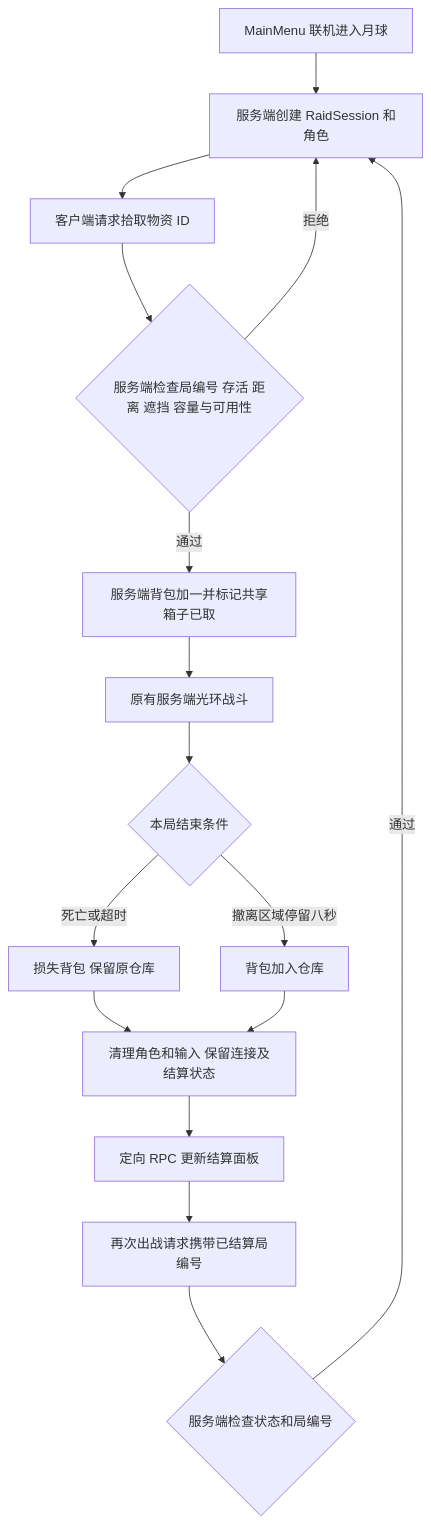
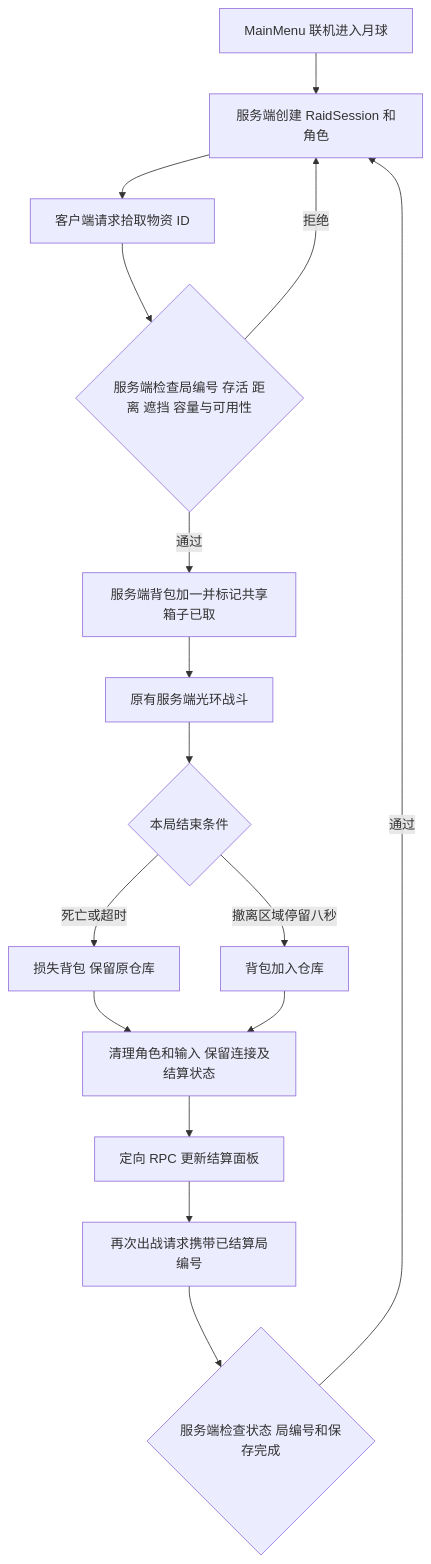
Before and after one commit to MorrowHome/Moonkov: the diagram in Docs/MinimumRaidLoop.md, drawn with Mermaid. The commit also changed other lines of this file and 33 other files, not shown here.

````diff
--- a/Docs/MinimumRaidLoop.md
+++ b/Docs/MinimumRaidLoop.md
@@ -17,18 +17,18 @@
 ```mermaid
 flowchart TD
     A[MainMenu 联机进入月球] --> B[服务端创建 RaidSession 和角色]
     B --> C[客户端请求拾取物资 ID]
     C --> D{服务端检查局编号 存活 距离 遮挡 容量与可用性}
     D -->|通过| E[服务端背包加一并标记共享箱子已取]
     D -->|拒绝| B
     E --> F[原有服务端光环战斗]
     F --> G{本局结束条件}
     G -->|死亡或超时| H[损失背包 保留原仓库]
     G -->|撤离区域停留八秒| I[背包加入仓库]
     H --> J[清理角色和输入 保留连接及结算状态]
     I --> J
     J --> K[定向 RPC 更新结算面板]
     K --> L[再次出战请求携带已结算局编号]
-    L --> M{服务端检查状态和局编号}
+    L --> M{服务端检查状态 局编号和保存完成}
     M -->|通过| B
 ```
````
